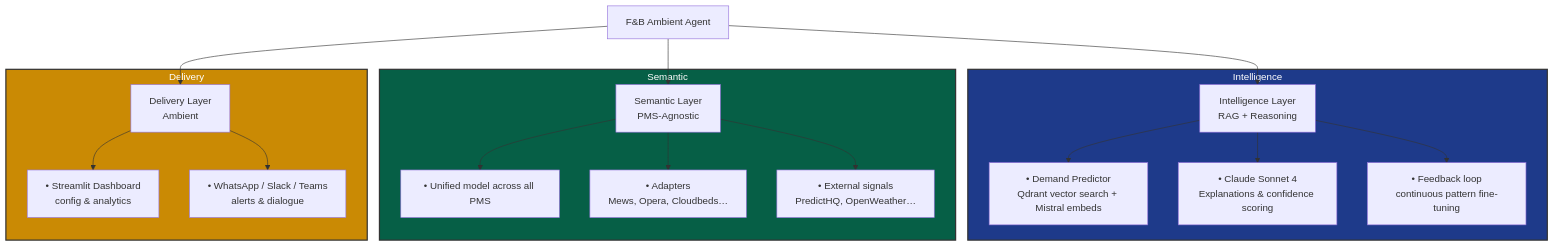
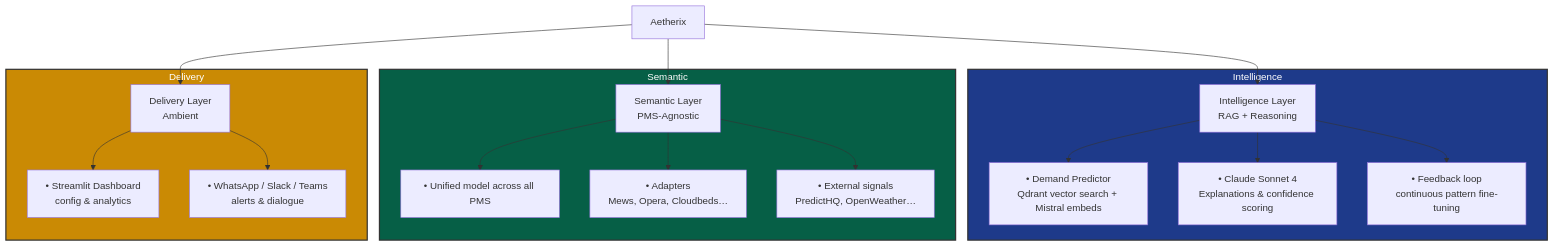
The diagram in README.md (IvandeMurard/Hospitality-Operations-Agentic-AI), drawn with Mermaid before and after one commit. The commit also changed other lines of this file, not shown here.

````diff
--- a/README.md
+++ b/README.md
@@ -35,27 +35,27 @@
 ```mermaid
 flowchart TD
-    A[F&B Ambient Agent] --> B[Intelligence Layer<br>RAG + Reasoning]
+    A[Aetherix] --> B[Intelligence Layer<br>RAG + Reasoning]
     A --> C[Semantic Layer<br>PMS-Agnostic]
     A --> D[Delivery Layer<br>Ambient]
 
     subgraph Intelligence
         B --> E[• Demand Predictor<br>Qdrant vector search + Mistral embeds]
         B --> F[• Claude Sonnet 4<br>Explanations & confidence scoring]
         B --> G[• Feedback loop<br>continuous pattern fine-tuning]
     end
 
     subgraph Semantic
         C --> H[• Unified model across all PMS]
         C --> I[• Adapters<br>Mews, Opera, Cloudbeds…]
         C --> J[• External signals<br>PredictHQ, OpenWeather…]
     end
 
     subgraph Delivery
         D --> K[• Streamlit Dashboard<br>config & analytics]
         D --> L[• WhatsApp / Slack / Teams<br>alerts & dialogue]
     end
 
     style Intelligence fill:#1e3a8a,stroke:#333,stroke-width:2px,color:#fff
     style Semantic fill:#065f46,stroke:#333,stroke-width:2px,color:#fff
     style Delivery fill:#ca8a04,stroke:#333,stroke-width:2px,color:#fff
 ```
````
